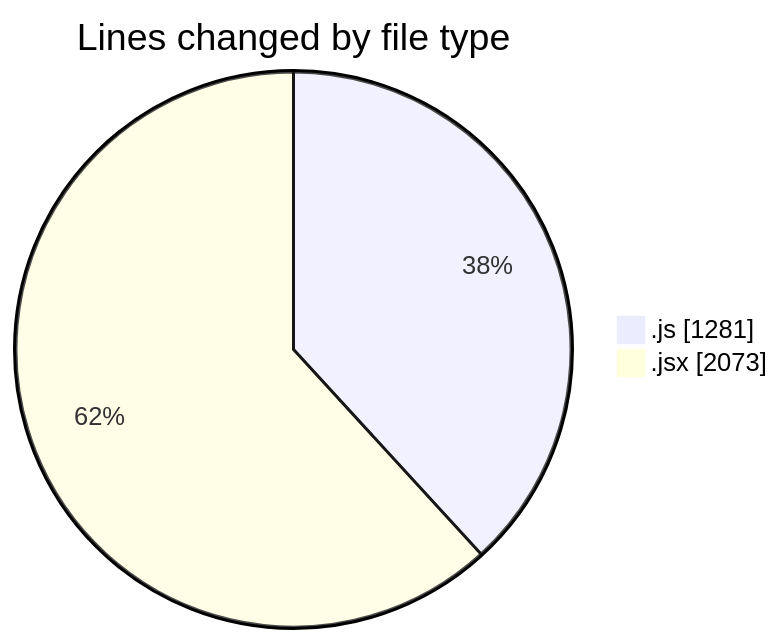
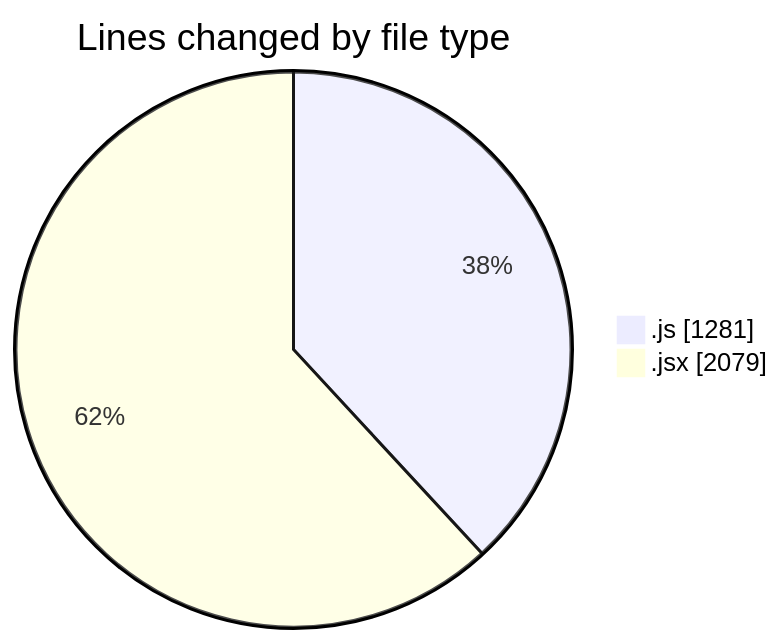
Before and after one commit to nxtqubesakshisongat/code-tracking: the first of 2 diagrams in 2025-08-28/nxtqube_webapp/README.md, drawn with Mermaid. The commit also changed other lines of this file and 1 other file, not shown here.

````diff
--- a/2025-08-28/nxtqube_webapp/README.md
+++ b/2025-08-28/nxtqube_webapp/README.md
@@ -25,6 +25,6 @@
 ```mermaid
 pie showData
 title Lines changed by file type
 ".js" : 1281
-".jsx" : 2073
+".jsx" : 2079
 ```
````
